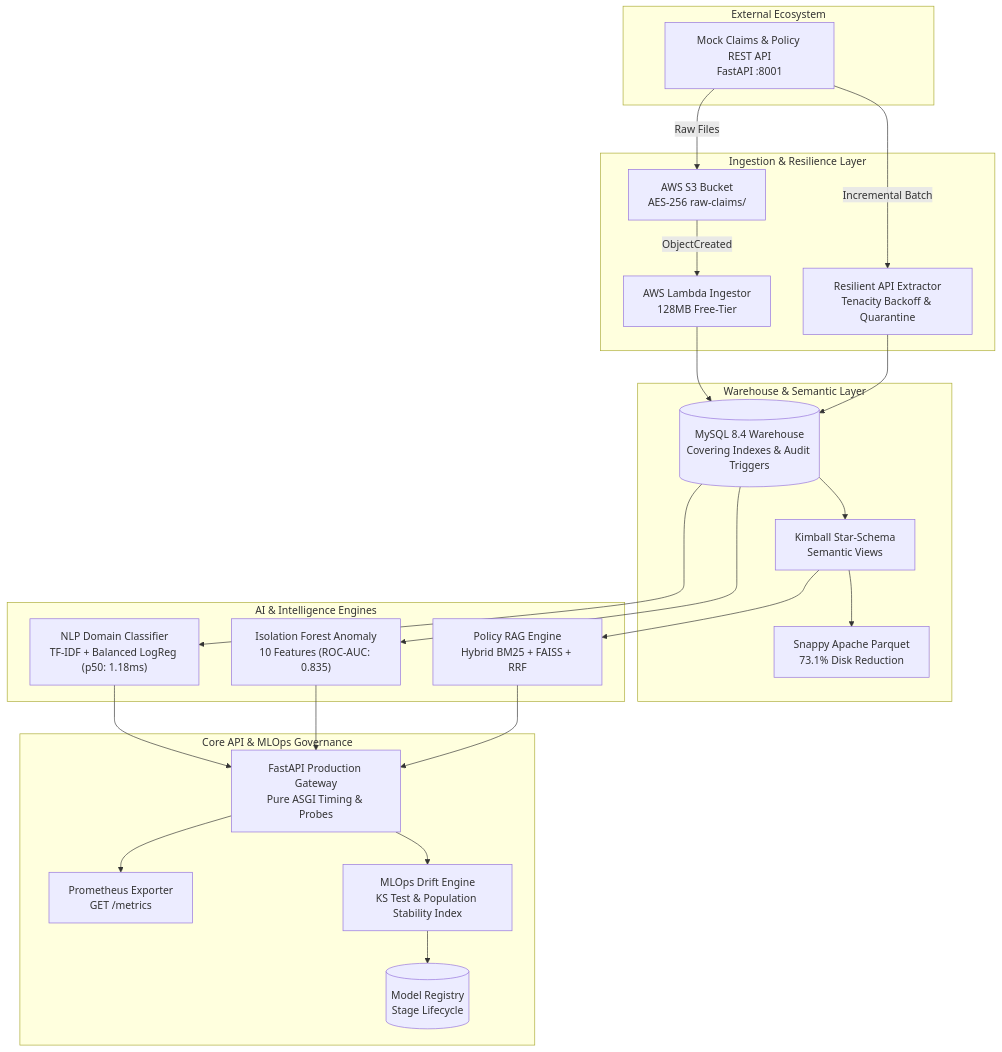
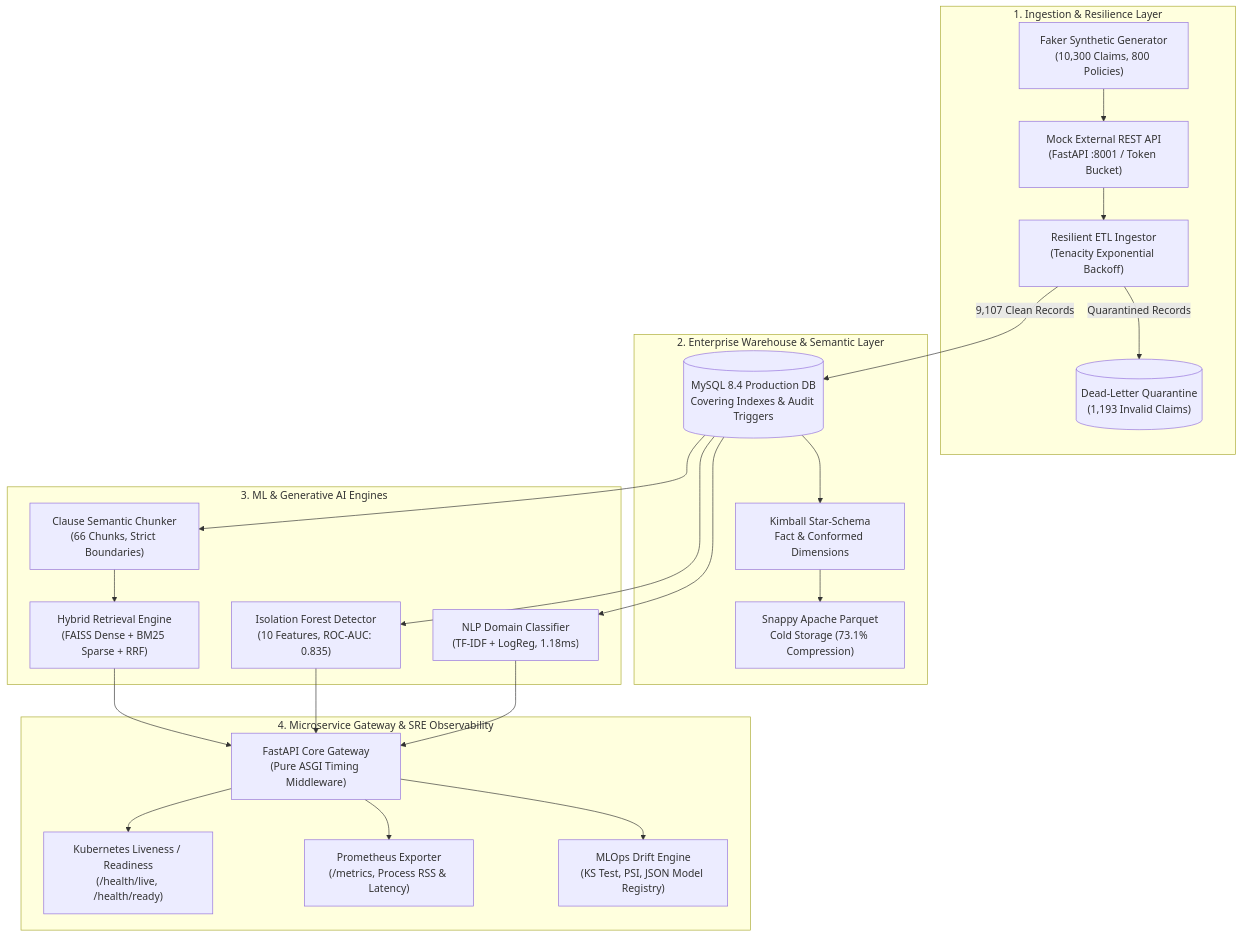
Before and after one commit to Umanagalla27/insurance-claims-platform: the diagram in README.md, drawn with Mermaid. The commit also changed other lines of this file and 1 other file, not shown here.

Commit message:
docs(master): complete 10-sprint engineering documentation, interactive live video tour, and verification transcripts

````diff
--- a/README.md
+++ b/README.md
@@ -31,48 +87,46 @@
 ```mermaid
 flowchart TD
-    subgraph External["External Ecosystem"]
-        MOCK["Mock Claims & Policy REST API<br/>FastAPI :8001"]
+    subgraph DataIngestion["1. Ingestion & Resilience Layer"]
+        GEN["Faker Synthetic Generator<br/>(10,300 Claims, 800 Policies)"]
+        MOCK_API["Mock External REST API<br/>(FastAPI :8001 / Token Bucket)"]
+        ETL["Resilient ETL Ingestor<br/>(Tenacity Exponential Backoff)"]
+        QUARANTINE[("Dead-Letter Quarantine<br/>(1,193 Invalid Claims)")]
     end
 
-    subgraph Ingestion["Ingestion & Resilience Layer"]
-        ETL["Resilient API Extractor<br/>Tenacity Backoff & Quarantine"]
-        S3["AWS S3 Bucket<br/>AES-256 raw-claims/"]
-        LAMBDA["AWS Lambda Ingestor<br/>128MB Free-Tier"]
+    subgraph StorageLayer["2. Enterprise Warehouse & Semantic Layer"]
+        MYSQL[("MySQL 8.4 Production DB<br/>Covering Indexes & Audit Triggers")]
+        STAR["Kimball Star-Schema<br/>Fact & Conformed Dimensions"]
+        PARQUET["Snappy Apache Parquet<br/>Cold Storage (73.1% Compression)"]
     end
 
-    subgraph Storage["Warehouse & Semantic Layer"]
-        DB[("MySQL 8.4 Warehouse<br/>Covering Indexes & Audit Triggers")]
-        STAR["Kimball Star-Schema<br/>Semantic Views"]
-        PARQUET["Snappy Apache Parquet<br/>73.1% Disk Reduction"]
+    subgraph IntelligenceLayer["3. ML & Generative AI Engines"]
+        TFIDF["NLP Domain Classifier<br/>(TF-IDF + LogReg, 1.18ms)"]
+        IFOREST["Isolation Forest Detector<br/>(10 Features, ROC-AUC: 0.835)"]
+        CHUNKER["Clause Semantic Chunker<br/>(66 Chunks, Strict Boundaries)"]
+        FAISS_BM25["Hybrid Retrieval Engine<br/>(FAISS Dense + BM25 Sparse + RRF)"]
     end
 
-    subgraph Intelligence["AI & Intelligence Engines"]
-        CLF["NLP Domain Classifier<br/>TF-IDF + Balanced LogReg (p50: 1.18ms)"]
-        IFOREST["Isolation Forest Anomaly<br/>10 Features (ROC-AUC: 0.835)"]
-        RAG["Policy RAG Engine<br/>Hybrid BM25 + FAISS + RRF"]
+    subgraph GatewayLayer["4. Microservice Gateway & SRE Observability"]
+        FASTAPI["FastAPI Core Gateway<br/>(Pure ASGI Timing Middleware)"]
+        LIVENESS["Kubernetes Liveness / Readiness<br/>(/health/live, /health/ready)"]
+        PROMETHEUS["Prometheus Exporter<br/>(/metrics, Process RSS & Latency)"]
+        MLOPS["MLOps Drift Engine<br/>(KS Test, PSI, JSON Model Registry)"]
     end
 
-    subgraph Gateway["Core API & MLOps Governance"]
-        API["FastAPI Production Gateway<br/>Pure ASGI Timing & Probes"]
-        PROM["Prometheus Exporter<br/>GET /metrics"]
-        DRIFT["MLOps Drift Engine<br/>KS Test & Population Stability Index"]
-        REGISTRY[("Model Registry<br/>Stage Lifecycle")]
-    end
-
-    MOCK -->|Incremental Batch| ETL
-    MOCK -->|Raw Files| S3
-    S3 -->|ObjectCreated| LAMBDA
-    LAMBDA --> DB
-    ETL --> DB
-    DB --> STAR
+    GEN --> MOCK_API
+    MOCK_API --> ETL
+    ETL -->|Quarantined Records| QUARANTINE
+    ETL -->|9,107 Clean Records| MYSQL
+    MYSQL --> STAR
     STAR --> PARQUET
-    DB --> CLF
-    DB --> IFOREST
-    STAR --> RAG
-    CLF --> API
-    IFOREST --> API
-    RAG --> API
-    API --> PROM
-    API --> DRIFT
-    DRIFT --> REGISTRY
+    MYSQL --> TFIDF
+    MYSQL --> IFOREST
+    MYSQL --> CHUNKER
+    CHUNKER --> FAISS_BM25
+    TFIDF --> FASTAPI
+    IFOREST --> FASTAPI
+    FAISS_BM25 --> FASTAPI
+    FASTAPI --> LIVENESS
+    FASTAPI --> PROMETHEUS
+    FASTAPI --> MLOPS
 ```
````
